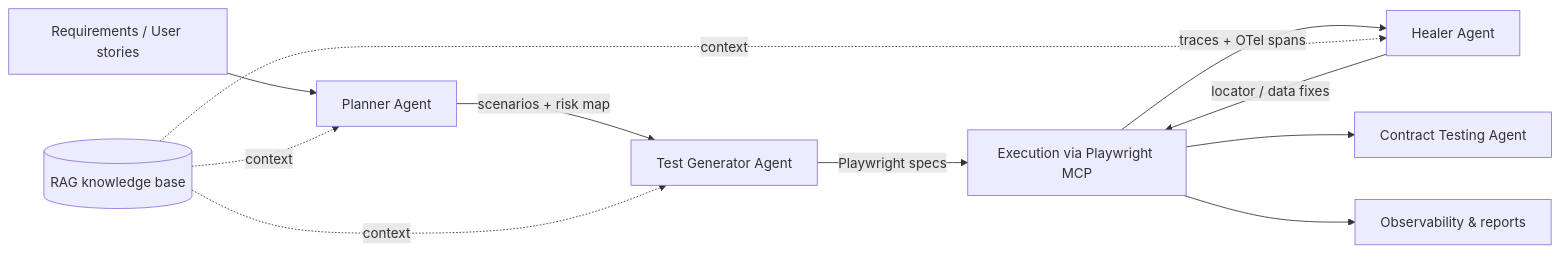
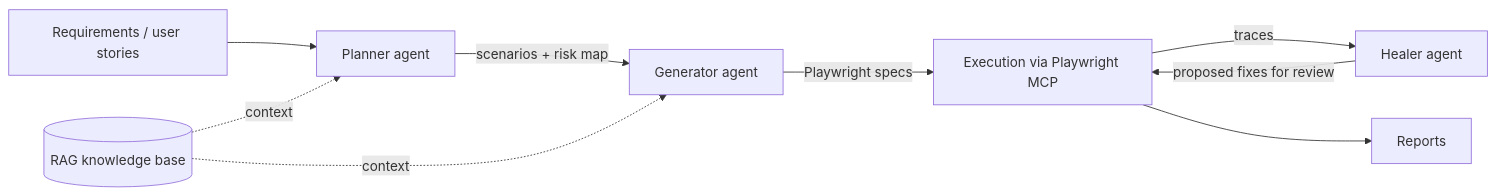
The diagram in README.md (Avinash258/Avinash258), drawn with Mermaid before and after one commit. The commit also changed other lines of this file, not shown here.

Commit message:
docs: align Mermaid diagram with public evidence

````diff
--- a/README.md
+++ b/README.md
@@ -38,13 +38,11 @@
 ```mermaid
 flowchart LR
-    R[Requirements / User stories] --> P[Planner Agent]
-    P -->|scenarios + risk map| G[Test Generator Agent]
+    R[Requirements / user stories] --> P[Planner agent]
+    P -->|scenarios + risk map| G[Generator agent]
     G -->|Playwright specs| X[Execution via Playwright MCP]
-    X -->|traces + OTel spans| H[Healer Agent]
-    H -->|locator / data fixes| X
-    X --> C[Contract Testing Agent]
+    X -->|traces| H[Healer agent]
+    H -->|proposed fixes for review| X
     KB[(RAG knowledge base)] -.context.-> P
     KB -.context.-> G
-    KB -.context.-> H
-    X --> O[Observability & reports]
+    X --> O[Reports]
 ```
````
